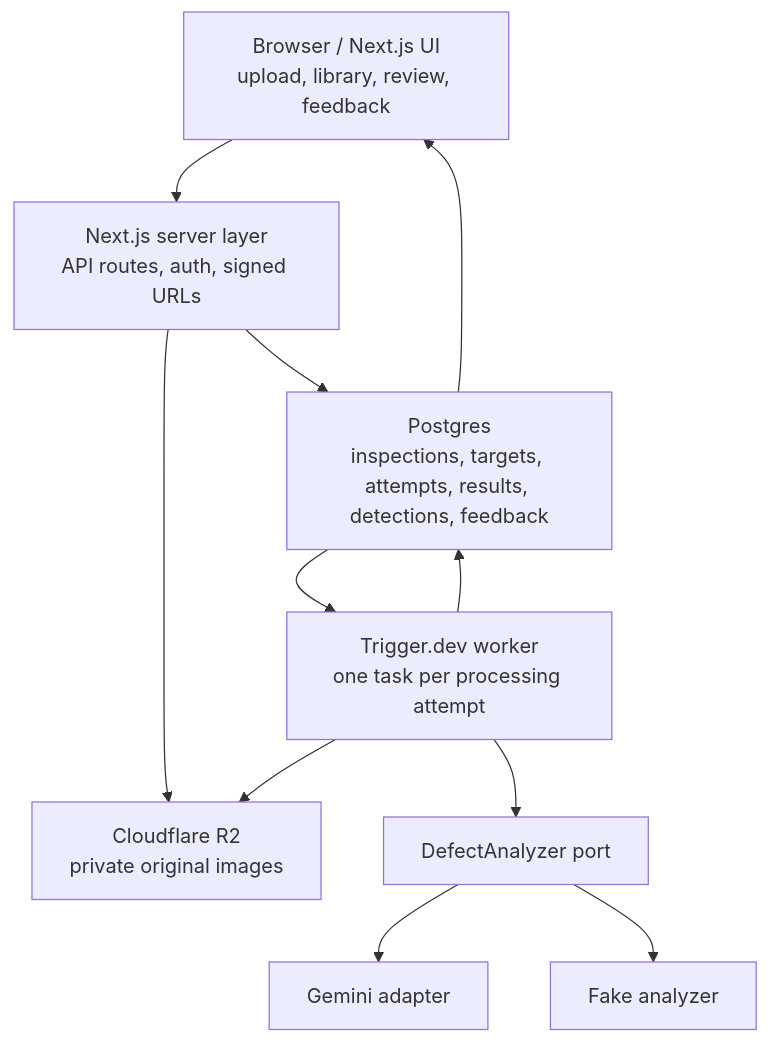
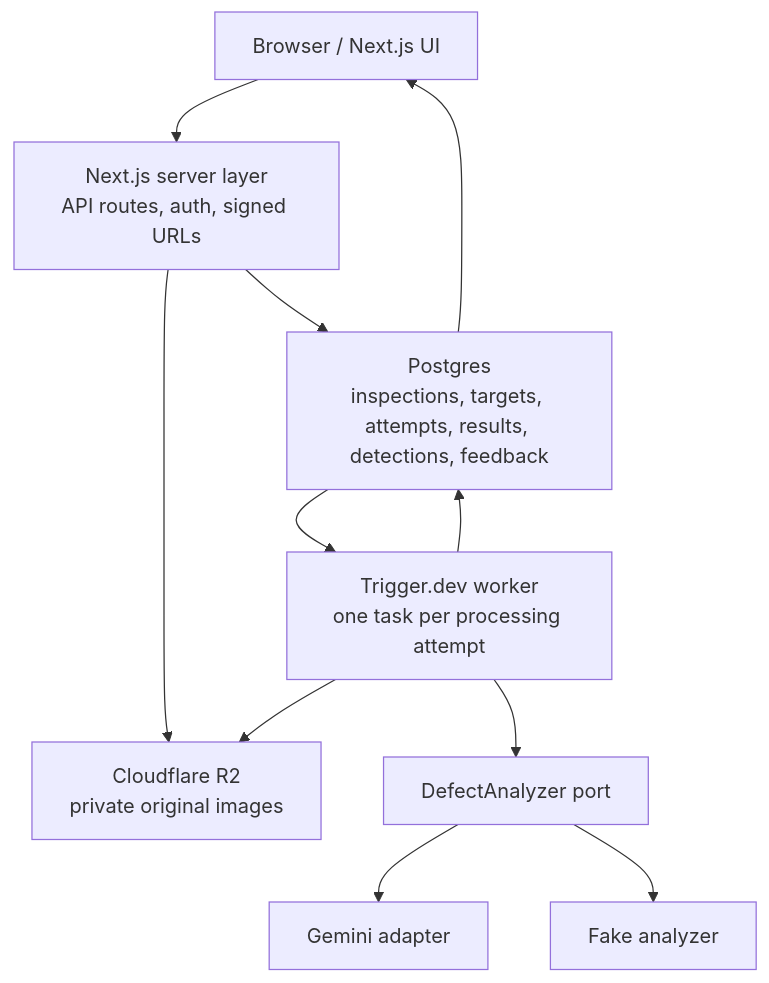
The second of 3 diagrams in README.md (mezema/sightline), drawn with Mermaid before and after one commit. The commit also changed other lines of this file and 4 other files, not shown here.

````diff
--- a/README.md
+++ b/README.md
@@ -150,13 +50,13 @@
 ```mermaid
 flowchart TD
-  browser["Browser / Next.js UI<br/>upload, library, review, feedback"] --> server["Next.js server layer<br/>API routes, auth, signed URLs"]
+  browser["Browser / Next.js UI"] --> server["Next.js server layer<br/>API routes, auth, signed URLs"]
   server --> postgres["Postgres<br/>inspections, targets, attempts, results, detections, feedback"]
   server --> r2["Cloudflare R2<br/>private original images"]
   postgres --> trigger["Trigger.dev worker<br/>one task per processing attempt"]
   trigger --> r2
   trigger --> analyzer["DefectAnalyzer port"]
   analyzer --> gemini["Gemini adapter"]
   analyzer --> fake["Fake analyzer"]
   trigger --> postgres
   postgres --> browser
 ```
````
